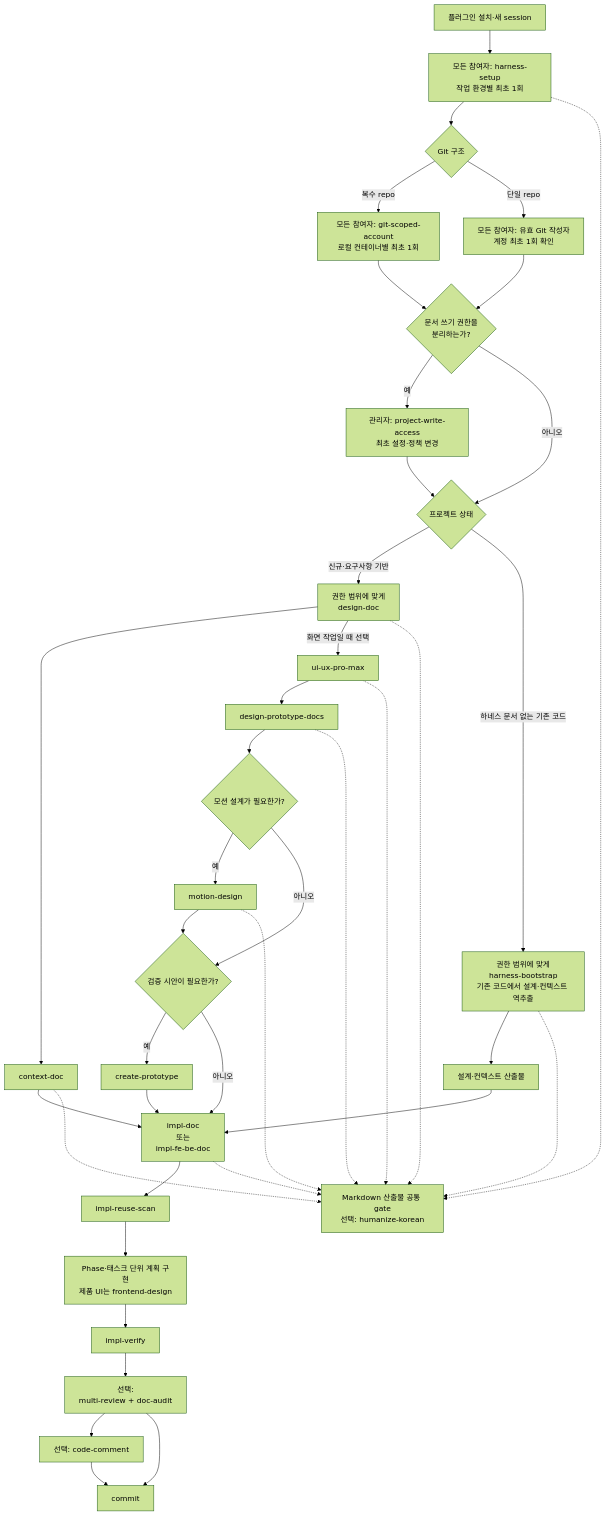
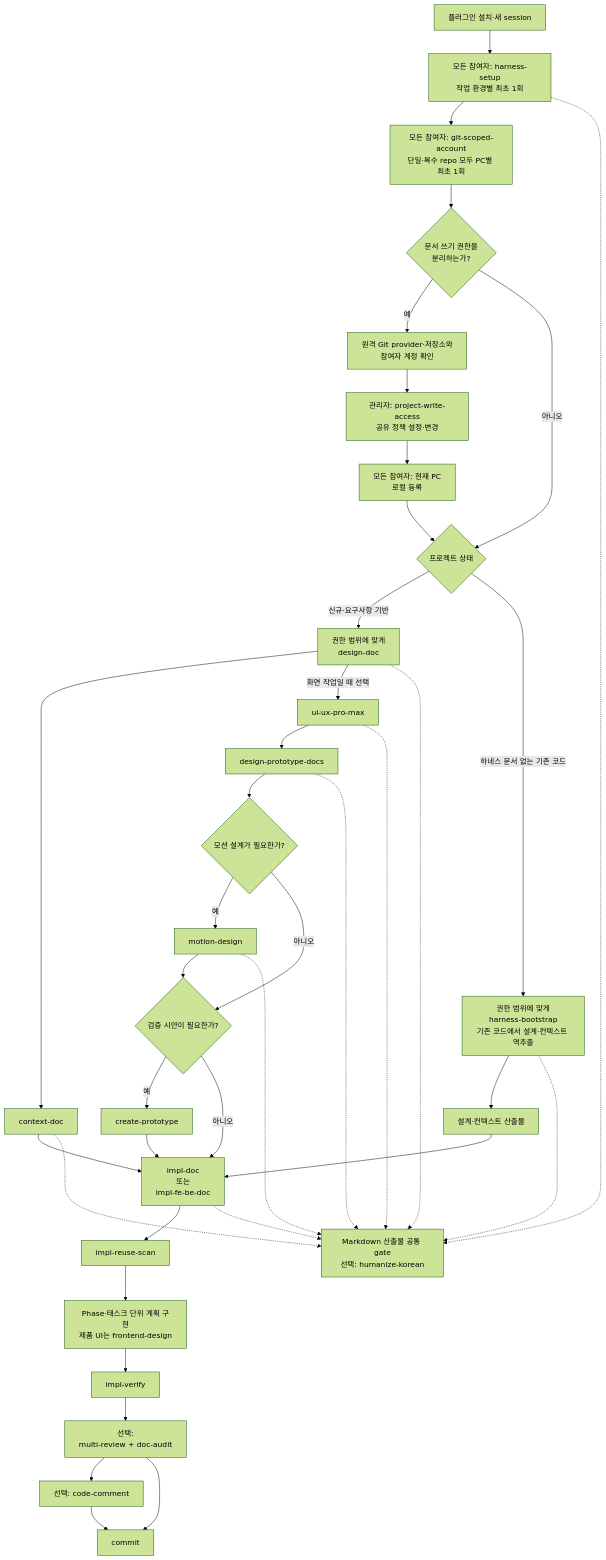
The first of 2 diagrams in README.md (hb9397/ai-agent-harness-docs), drawn with Mermaid (forest theme) before and after one commit. The commit also changed other lines of this file and 5 other files, not shown here.

````diff
--- a/README.md
+++ b/README.md
@@ -99,44 +99,43 @@
 ```mermaid
 flowchart TD
     P["플러그인 설치·새 session"] --> S["모든 참여자: harness-setup<br/>작업 환경별 최초 1회"]
-    S --> G{"Git 구조"}
-    G -->|"복수 repo"| GA["모든 참여자: git-scoped-account<br/>로컬 컨테이너별 최초 1회"]
-    G -->|"단일 repo"| GV["모든 참여자: 유효 Git 작성자<br/>계정 최초 1회 확인"]
+    S --> GA["모든 참여자: git-scoped-account<br/>단일·복수 repo 모두 PC별 최초 1회"]
     GA --> A{"문서 쓰기 권한을<br/>분리하는가?"}
-    GV --> A
-    A -->|"예"| PA["관리자: project-write-access<br/>최초 설정·정책 변경"]
+    A -->|"예"| RP["원격 Git provider·저장소와<br/>참여자 계정 확인"]
+    RP --> PA["관리자: project-write-access<br/>공유 정책 설정·변경"]
+    PA --> LE["모든 참여자: 현재 PC<br/>로컬 등록"]
     A -->|"아니오"| N{"프로젝트 상태"}
-    PA --> N
+    LE --> N
     N -->|"신규·요구사항 기반"| D["권한 범위에 맞게<br/>design-doc"]
     N -->|"하네스 문서 없는 기존 코드"| B["권한 범위에 맞게<br/>harness-bootstrap<br/>기존 코드에서 설계·컨텍스트 역추출"]
     D --> C["context-doc"]
     B --> C2["설계·컨텍스트 산출물"]
     D -->|"화면 작업일 때 선택"| UX["ui-ux-pro-max"]
     UX --> U["design-prototype-docs"]
     U --> M{"모션 설계가 필요한가?"}
     M -->|"예"| MD["motion-design"]
     M -->|"아니오"| T{"검증 시안이 필요한가?"}
     MD --> T
     T -->|"예"| CP["create-prototype"]
     T -->|"아니오"| I
     CP --> I
     C --> I["impl-doc <br/>또는<br/> impl-fe-be-doc"]
     C2 --> I
     I --> R["impl-reuse-scan"]
     R --> W["Phase·태스크 단위 계획 구현<br/>제품 UI는 frontend-design"]
     W --> V["impl-verify"]
     V --> Q["선택:<br/>multi-review + doc-audit"]
     Q --> CC["선택: code-comment"]
     CC --> CM["commit"]
     Q --> CM
 
     H["Markdown 산출물 공통 gate<br/>선택: humanize-korean<br/>"]
     S -.-> H
     B -.-> H
     D -.-> H
     C -.-> H
     UX -.-> H
     U -.-> H
     MD -.-> H
     I -.-> H
 ```
````
